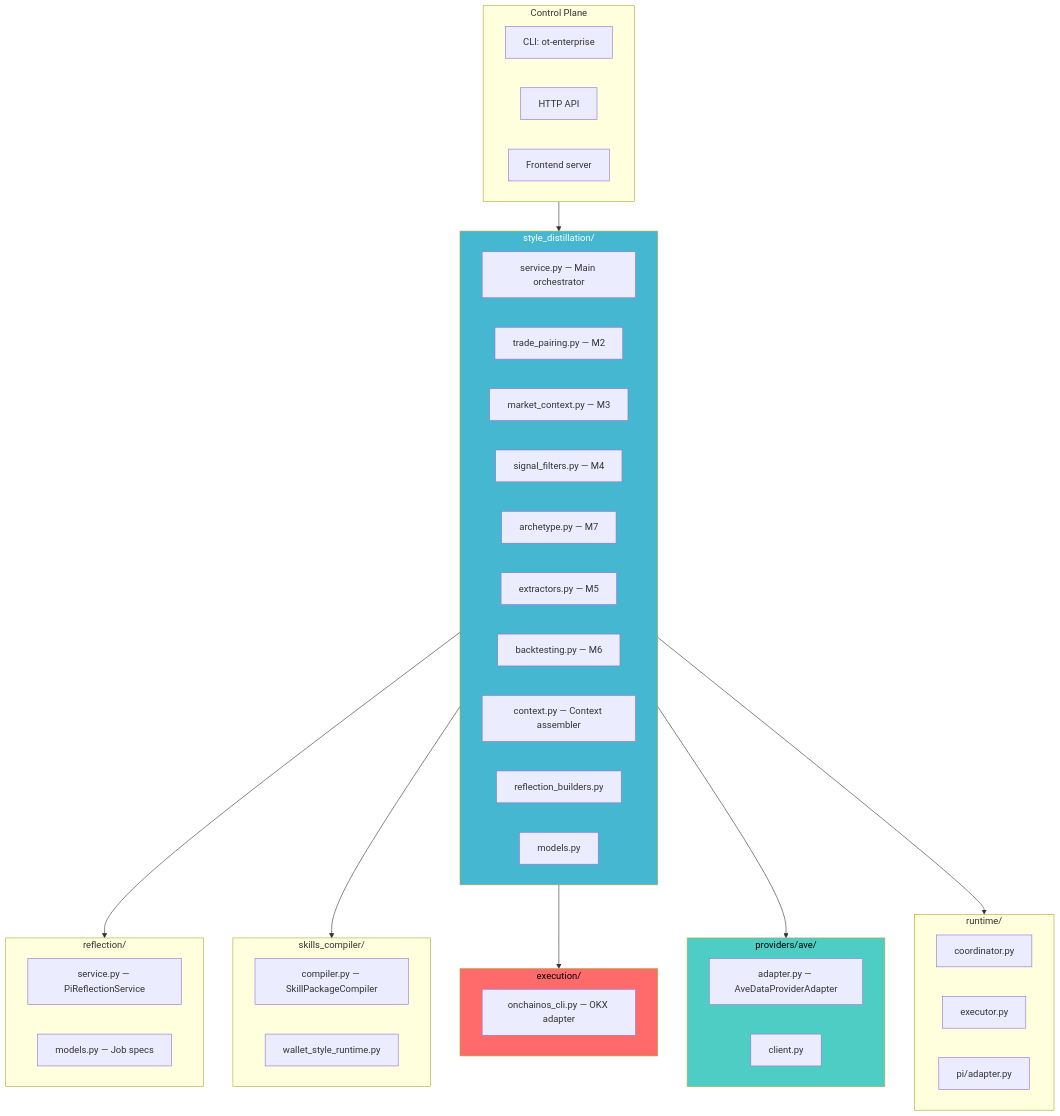
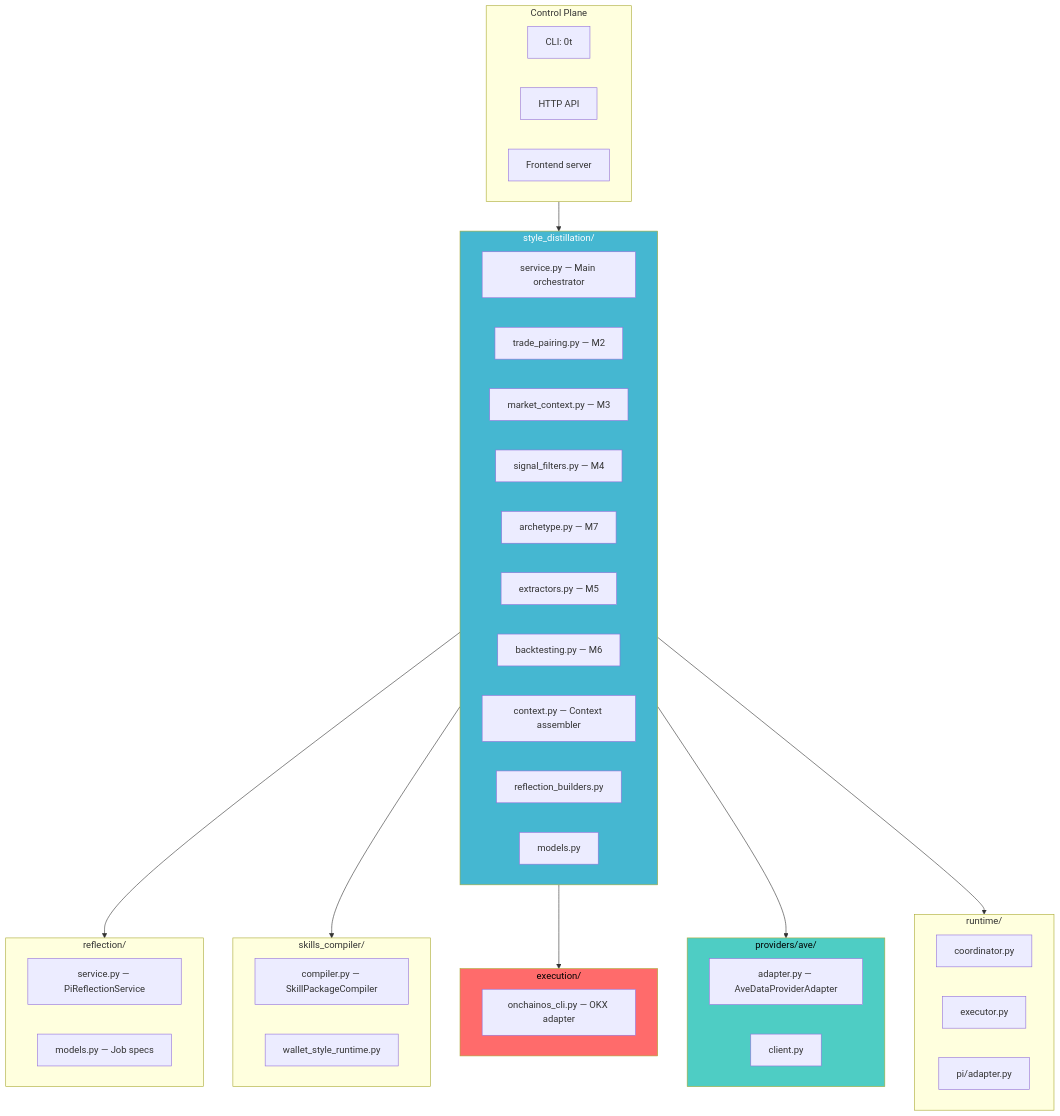
One commit to DESONGs/0t-skill-hackson changed the eighth of 9 diagrams in docs/legacy/hackathon/hackathon-integration.md. Above: the diagram before and after it, drawn with Mermaid. The commit also changed 865 other files, not shown here.

````diff
--- a/docs/legacy/hackathon/hackathon-integration.md
+++ b/docs/legacy/hackathon/hackathon-integration.md
@@ -289,54 +289,54 @@
 ```mermaid
 flowchart TB
     subgraph CTRL["Control Plane"]
-        CLI["CLI: ot-enterprise"]
+        CLI["CLI: 0t"]
         API["HTTP API"]
         FE["Frontend server"]
     end
 
     subgraph DISTILL["style_distillation/"]
         SVC["service.py — Main orchestrator"]
         TP["trade_pairing.py — M2"]
         MC["market_context.py — M3"]
         SF["signal_filters.py — M4"]
         AR["archetype.py — M7"]
         EX["extractors.py — M5"]
         BT["backtesting.py — M6"]
         CTX["context.py — Context assembler"]
         RB["reflection_builders.py"]
         MOD["models.py"]
     end
 
     subgraph REFLECT["reflection/"]
         PRS["service.py — PiReflectionService"]
         PRM["models.py — Job specs"]
     end
 
     subgraph COMPILE["skills_compiler/"]
         CMP["compiler.py — SkillPackageCompiler"]
         WSR["wallet_style_runtime.py"]
     end
 
     subgraph EXECUTE["execution/"]
         ONC["onchainos_cli.py — OKX adapter"]
     end
 
     subgraph PROVIDE["providers/ave/"]
         ADP["adapter.py — AveDataProviderAdapter"]
         ACL["client.py"]
     end
 
     subgraph RUNTIME["runtime/"]
         RRC["coordinator.py"]
         REX["executor.py"]
         PIA["pi/adapter.py"]
     end
 
     CTRL --> DISTILL
     DISTILL --> REFLECT & COMPILE & EXECUTE & PROVIDE
     DISTILL --> RUNTIME
 
     style DISTILL fill:#45B7D1,color:#FFF
     style PROVIDE fill:#4ECDC4,color:#000
     style EXECUTE fill:#FF6B6B,color:#000
 ```
````
